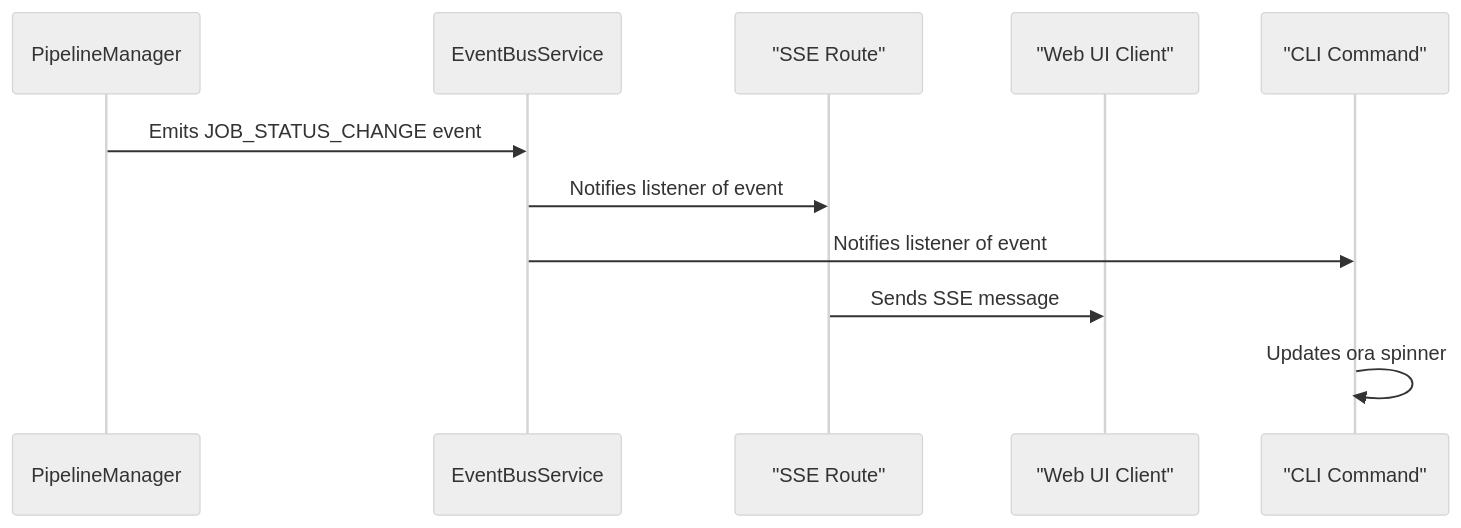
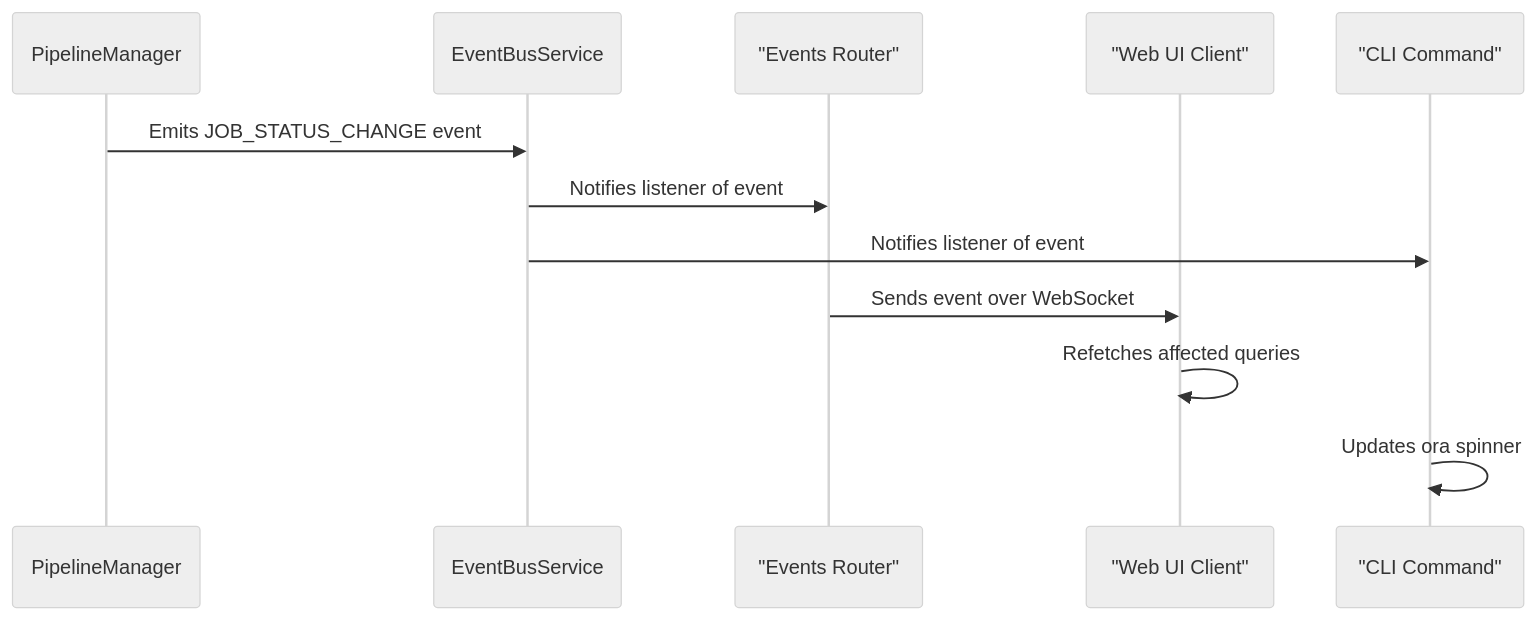
One commit to arabold/docs-mcp-server changed the first of 2 diagrams in docs/concepts/eventbus-architecture.md. Above: the diagram before and after it, drawn with Mermaid (neutral theme). The commit also changed other lines of this file and 3 other files, not shown here.

First line of the commit message:
docs: describe the react web ui in the architecture

````diff
--- a/docs/concepts/eventbus-architecture.md
+++ b/docs/concepts/eventbus-architecture.md
@@ -28,14 +28,15 @@
 ```mermaid
 sequenceDiagram
     participant PipelineManager
     participant EventBusService
-    participant SSERoute as "SSE Route"
+    participant EventsRouter as "Events Router"
     participant WebUI as "Web UI Client"
     participant CLI as "CLI Command"
 
     PipelineManager->>EventBusService: Emits JOB_STATUS_CHANGE event
-    EventBusService->>SSERoute: Notifies listener of event
+    EventBusService->>EventsRouter: Notifies listener of event
     EventBusService->>CLI: Notifies listener of event
-    SSERoute->>WebUI: Sends SSE message
+    EventsRouter->>WebUI: Sends event over WebSocket
+    WebUI->>WebUI: Refetches affected queries
     CLI->>CLI: Updates ora spinner
 ```
````
